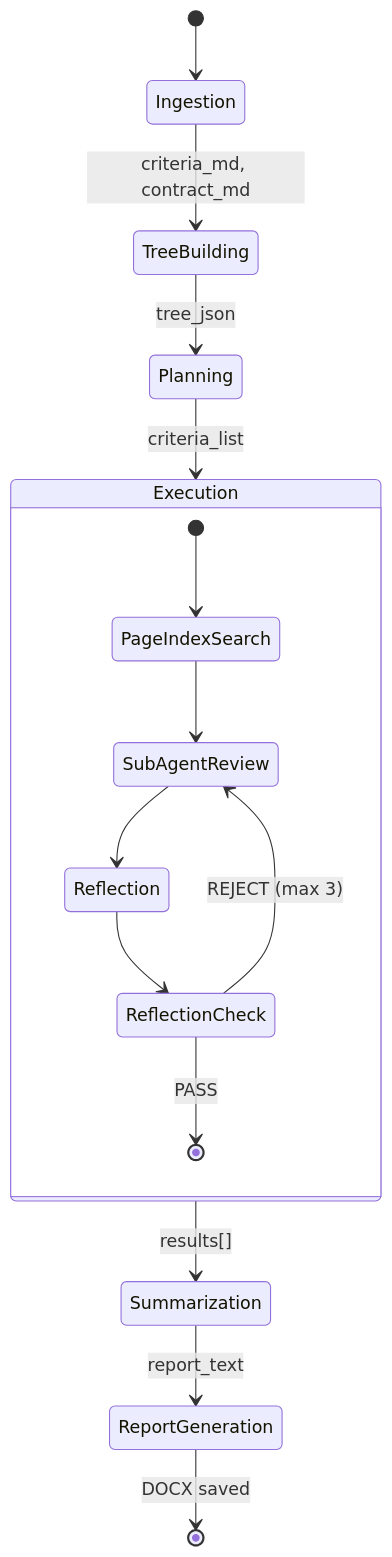
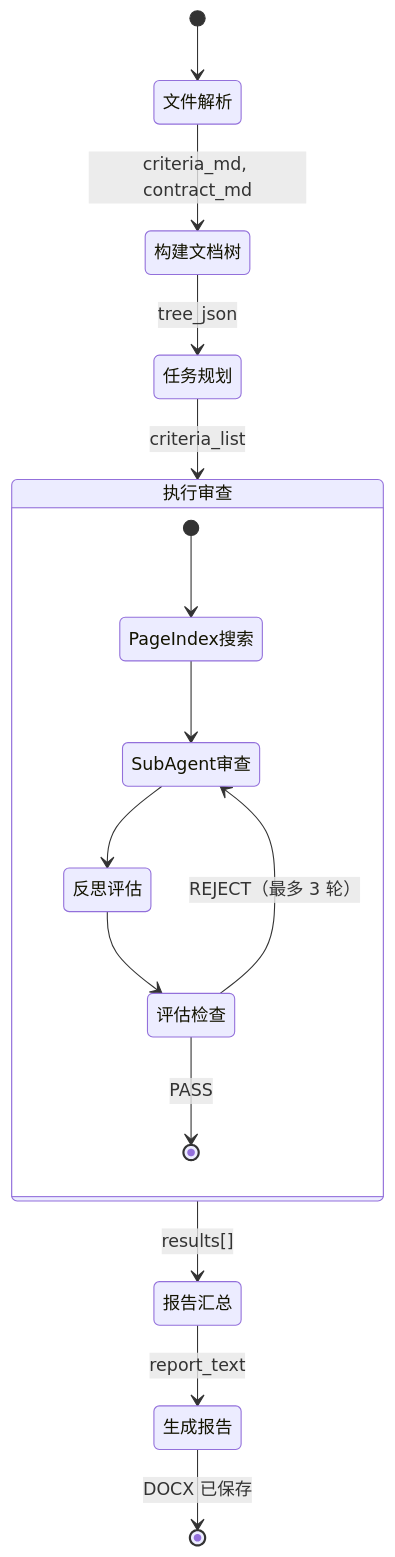
One commit to HoeTee/contract_agent changed the fifth of 6 diagrams in project_intro/ARCHITECTURE.md. Above: the diagram before and after it, drawn with Mermaid. The commit also changed other lines of this file and 4571 other files, not shown here.

````diff
--- a/project_intro/ARCHITECTURE.md
+++ b/project_intro/ARCHITECTURE.md
@@ -212,22 +212,22 @@
 ```mermaid
 stateDiagram-v2
-    [*] --> Ingestion
-    Ingestion --> TreeBuilding: criteria_md, contract_md
-    TreeBuilding --> Planning: tree_json
-    Planning --> Execution: criteria_list
+    [*] --> 文件解析
+    文件解析 --> 构建文档树: criteria_md, contract_md
+    构建文档树 --> 任务规划: tree_json
+    任务规划 --> 执行审查: criteria_list
 
-    state Execution {
-        [*] --> PageIndexSearch
-        PageIndexSearch --> SubAgentReview
-        SubAgentReview --> Reflection
-        Reflection --> ReflectionCheck
+    state 执行审查 {
+        [*] --> PageIndex搜索
+        PageIndex搜索 --> SubAgent审查
+        SubAgent审查 --> 反思评估
+        反思评估 --> 评估检查
 
-        state ReflectionCheck <<choice>>
-        ReflectionCheck --> [*]: PASS
-        ReflectionCheck --> SubAgentReview: REJECT (max 3)
+        state 评估检查 <<choice>>
+        评估检查 --> [*]: PASS
+        评估检查 --> SubAgent审查: REJECT（最多 3 轮）
     }
 
-    Execution --> Summarization: results[]
-    Summarization --> ReportGeneration: report_text
-    ReportGeneration --> [*]: DOCX saved
+    执行审查 --> 报告汇总: results[]
+    报告汇总 --> 生成报告: report_text
+    生成报告 --> [*]: DOCX 已保存
 ```
````
